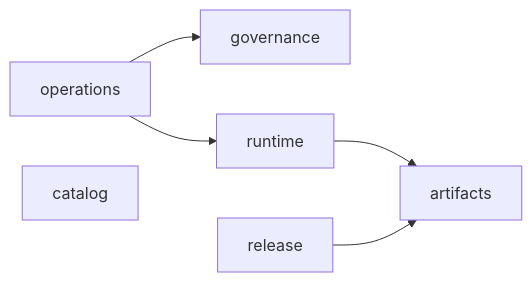
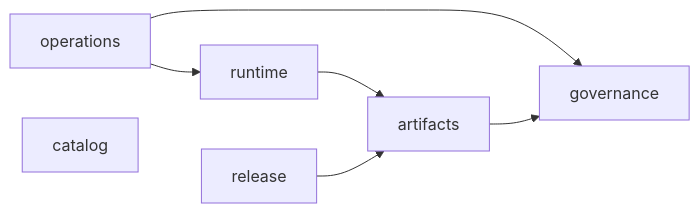
The diagram in docs/repository-architecture.md (alric-corp/itau-xj7-containers-image-base), drawn with Mermaid before and after one commit. The commit also changed other lines of this file and 26 other files, not shown here.

````diff
--- a/docs/repository-architecture.md
+++ b/docs/repository-architecture.md
@@ -47,8 +47,9 @@
 ```mermaid
 flowchart LR
     operations --> governance
     operations --> runtime
     runtime --> artifacts
     release --> artifacts
+    artifacts --> governance
     catalog
 ```
````
